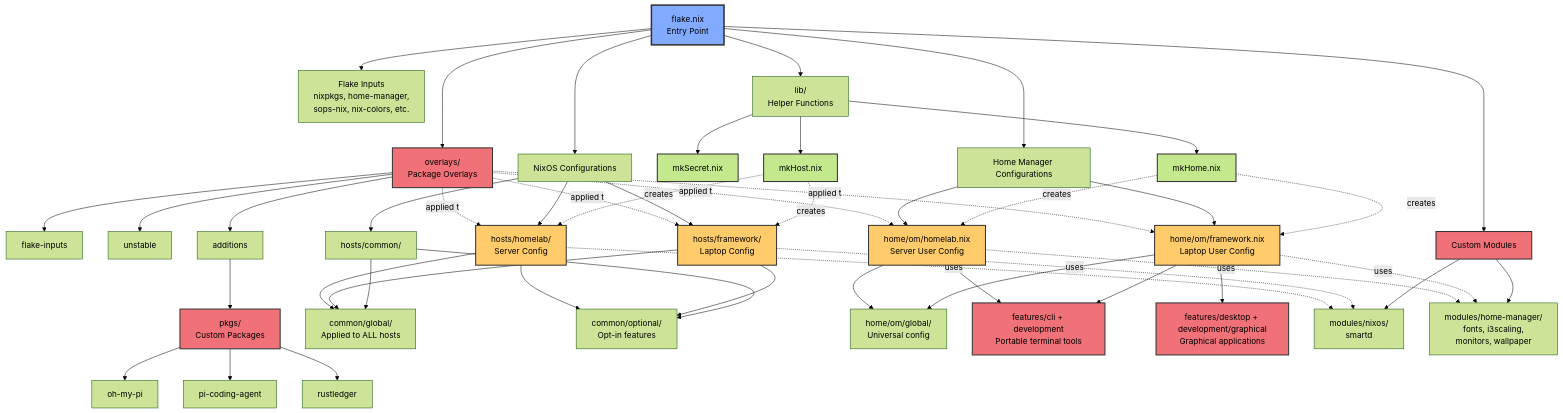
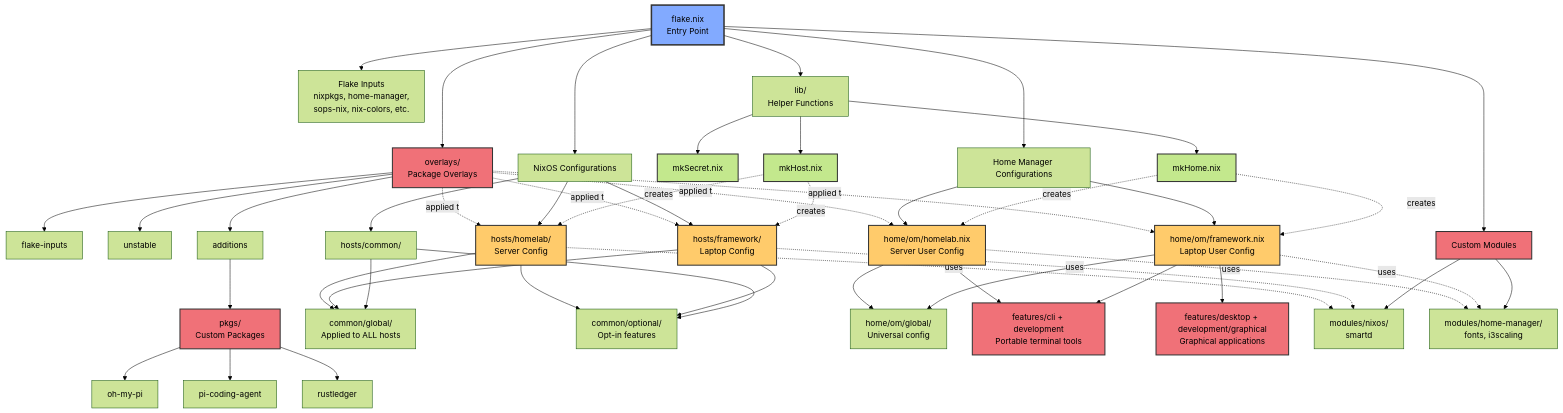
Before and after one commit to omdv/nix-config: the diagram in AGENTS.md, drawn with Mermaid (forest theme). The commit also changed other lines of this file and 4 other files, not shown here.

Commit message:
refactor(home-manager): remove unused abstractions

```diff
--- a/AGENTS.md
+++ b/AGENTS.md
@@ -73,7 +73,7 @@
     %% Custom modules
     modules[Custom Modules]
     nixos_mod[modules/nixos/<br/>smartd]
-    hm_mod[modules/home-manager/<br/>fonts, i3scaling,<br/>monitors, wallpaper]
+    hm_mod[modules/home-manager/<br/>fonts, i3scaling]
 
     %% Connections - Entry
     flake --> inputs
```
